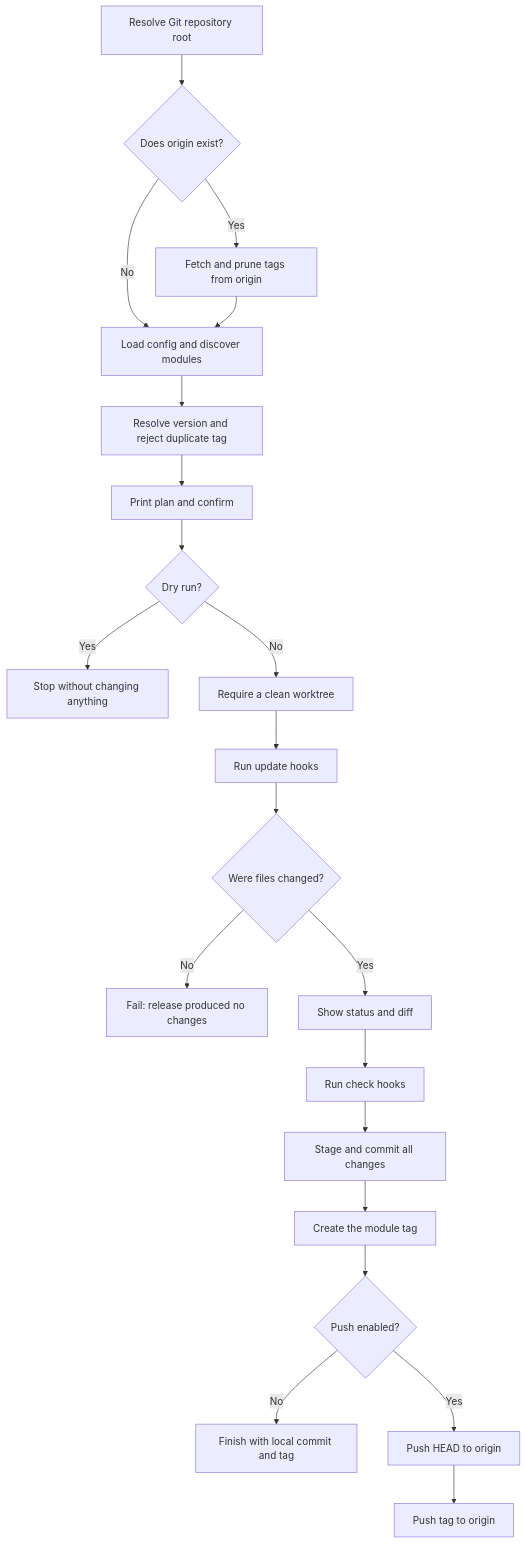
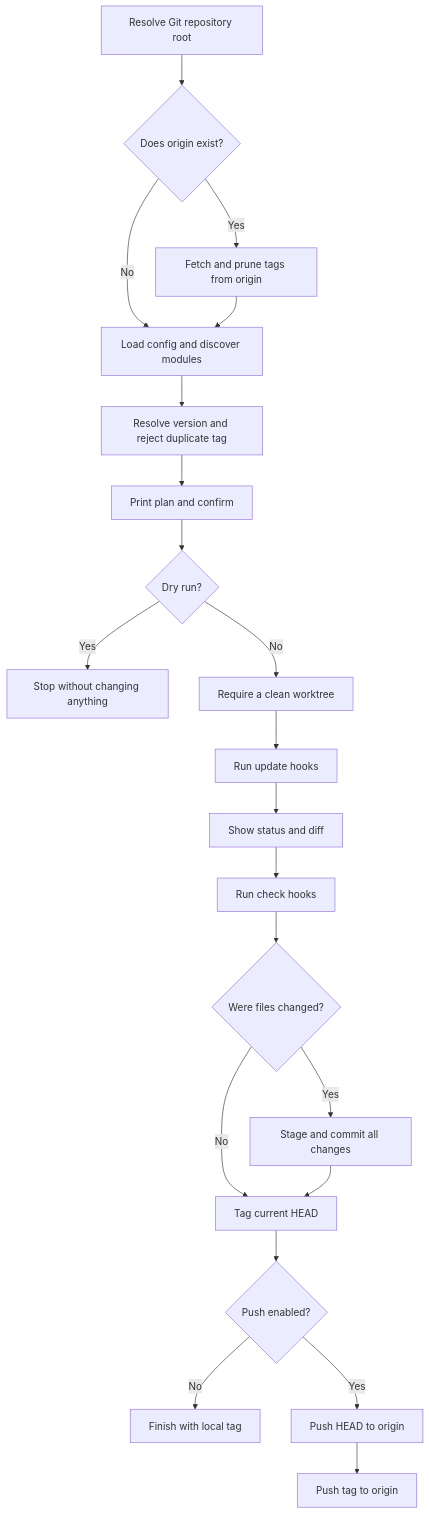
One commit to win5do/modrel changed the diagram in README.md. Above: the diagram before and after it, drawn with Mermaid. The commit also changed other lines of this file and 3 other files, not shown here.

````diff
--- a/README.md
+++ b/README.md
@@ -149,23 +151,23 @@
 ```mermaid
 flowchart TD
     A[Resolve Git repository root] --> B{Does origin exist?}
     B -- Yes --> C[Fetch and prune tags from origin]
     B -- No --> D[Load config and discover modules]
     C --> D
     D --> E[Resolve version and reject duplicate tag]
     E --> F[Print plan and confirm]
     F --> G{Dry run?}
     G -- Yes --> H[Stop without changing anything]
     G -- No --> I[Require a clean worktree]
     I --> J[Run update hooks]
-    J --> K{Were files changed?}
-    K -- No --> L[Fail: release produced no changes]
-    K -- Yes --> M[Show status and diff]
+    J --> M[Show status and diff]
     M --> N[Run check hooks]
-    N --> O[Stage and commit all changes]
-    O --> P[Create the module tag]
+    N --> K{Were files changed?}
+    K -- Yes --> O[Stage and commit all changes]
+    K -- No --> P[Tag current HEAD]
+    O --> P
     P --> Q{Push enabled?}
-    Q -- No --> R[Finish with local commit and tag]
+    Q -- No --> R[Finish with local tag]
     Q -- Yes --> S[Push HEAD to origin]
     S --> T[Push tag to origin]
 ```
````
